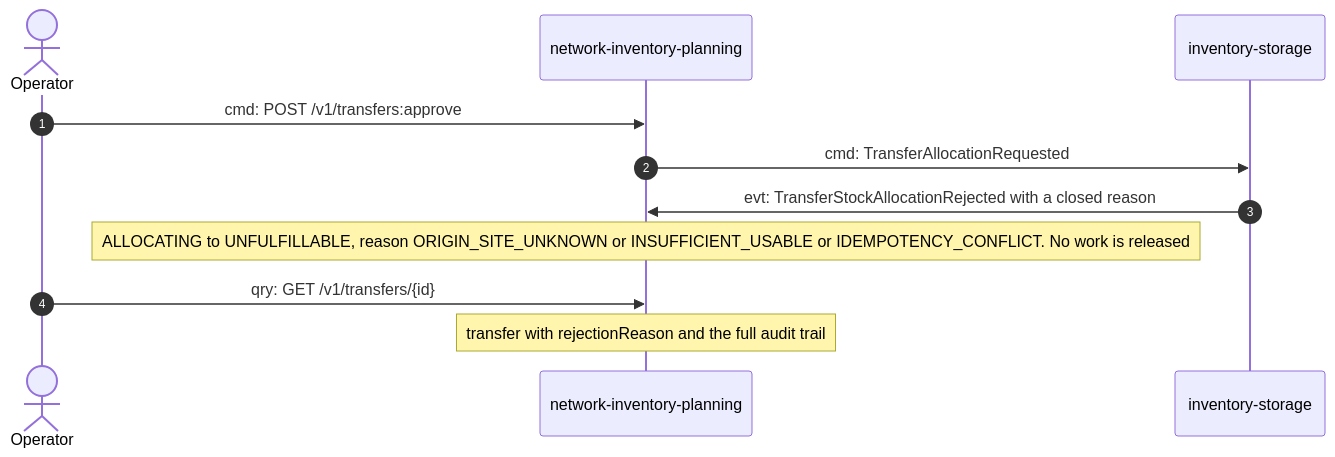
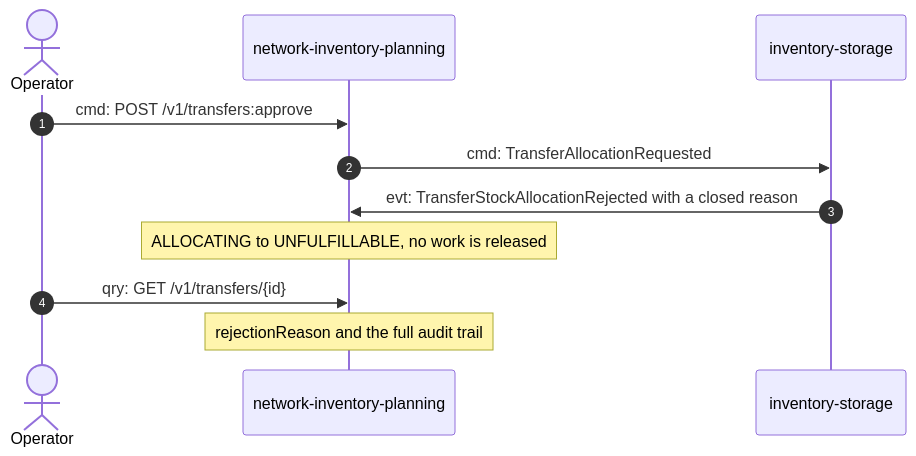
The third of 4 diagrams in docs/contexts/network-inventory-planning/domain-message-flow.md (IQVO/warehouse-docs), drawn with Mermaid before and after one commit. The commit also changed other lines of this file and 115 other files, not shown here.

````diff
--- a/docs/contexts/network-inventory-planning/domain-message-flow.md
+++ b/docs/contexts/network-inventory-planning/domain-message-flow.md
@@ -98,13 +81,13 @@
 ```mermaid
 sequenceDiagram
   autonumber
   actor Op as Operator
   participant NIP as network-inventory-planning
   participant INV as inventory-storage
   Op->>NIP: cmd: POST /v1/transfers:approve
   NIP->>INV: cmd: TransferAllocationRequested
   INV->>NIP: evt: TransferStockAllocationRejected with a closed reason
-  Note over NIP: ALLOCATING to UNFULFILLABLE, reason ORIGIN_SITE_UNKNOWN or INSUFFICIENT_USABLE or IDEMPOTENCY_CONFLICT. No work is released
+  Note over NIP: ALLOCATING to UNFULFILLABLE, no work is released
   Op->>NIP: qry: GET /v1/transfers/{id}
-  Note over NIP: transfer with rejectionReason and the full audit trail
+  Note over NIP: rejectionReason and the full audit trail
 ```
````
